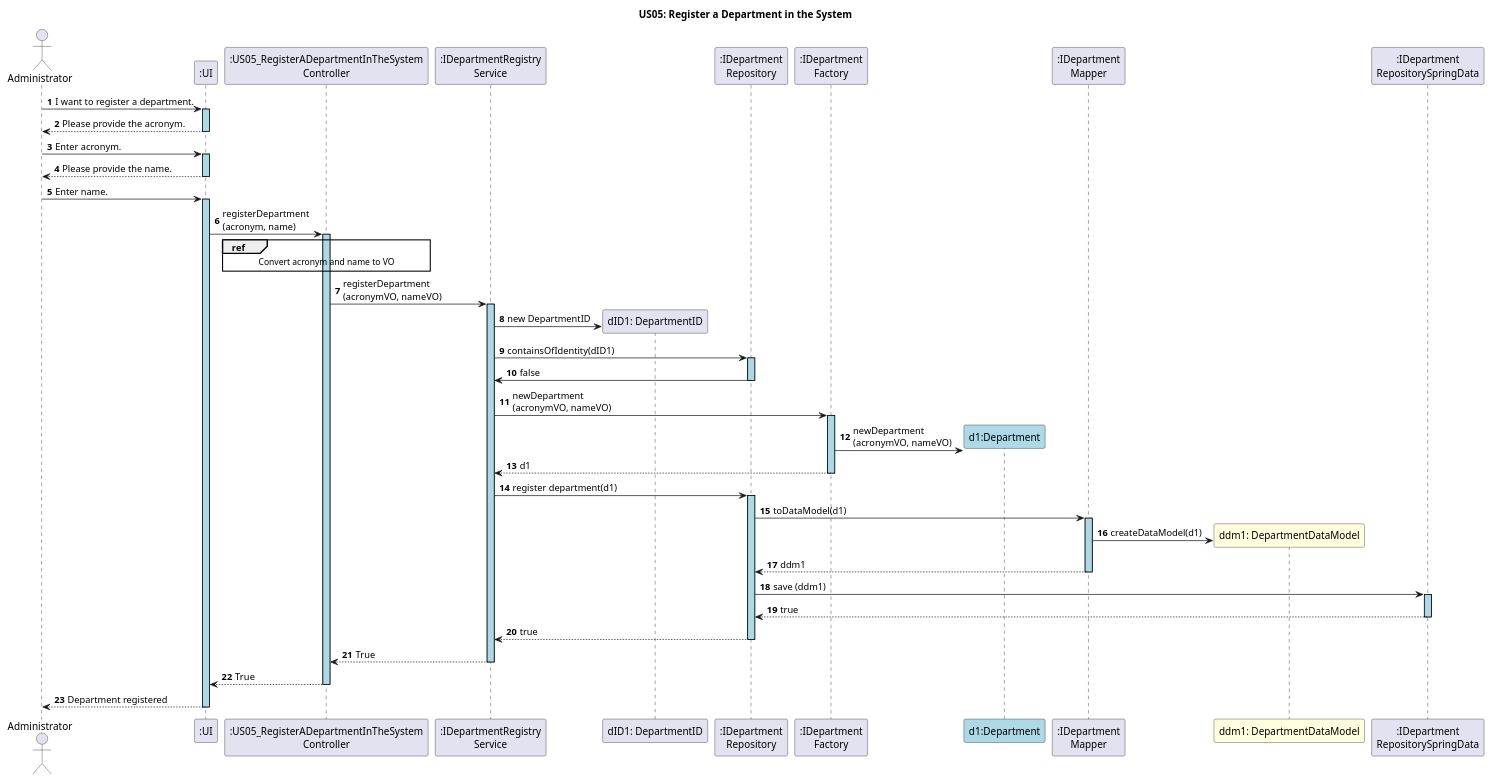
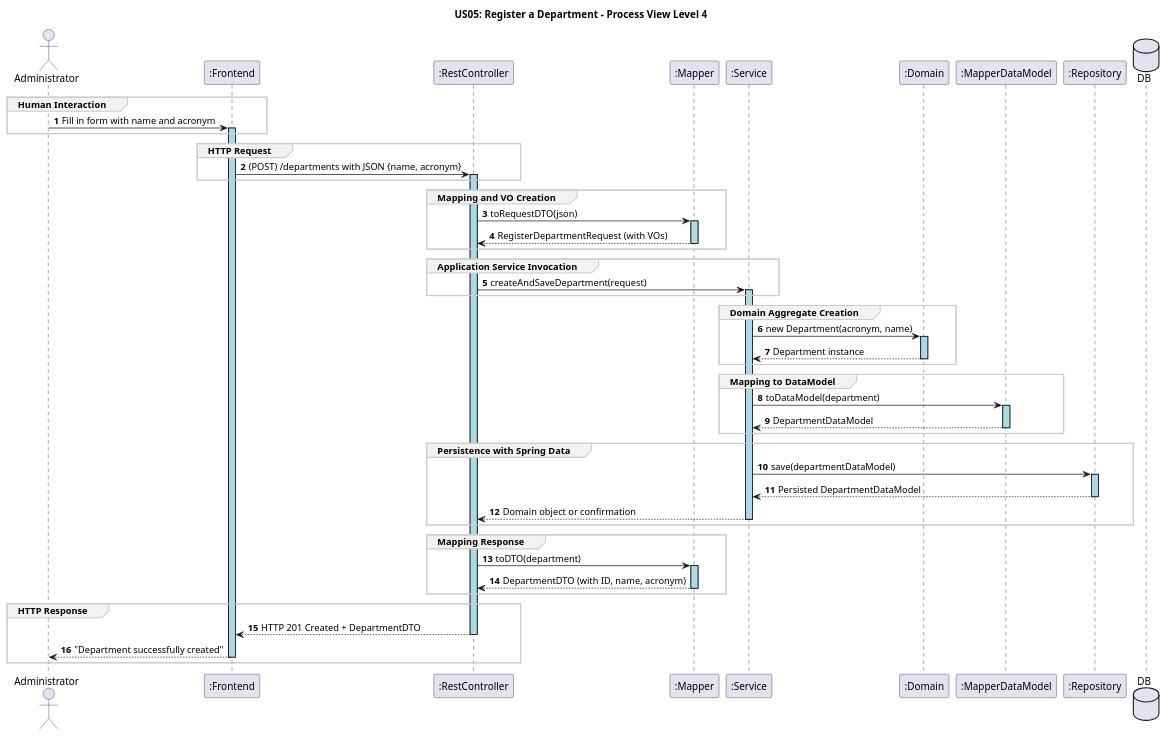
The diagram in docs/US05/sprint6_RestAPI/ProcessView/US05_RestAPI_ProcessView_Level4.puml (GasparISEP/DevOps-PAI), drawn with PlantUML before and after one commit. The commit also changed 1 other file, not shown here.

Commit message:
doc: refactor Levels 3 & 4 ProcessView diagrams to Department Registration documentation files (refs #500, refs #575)

```diff
--- a/docs/US05/sprint6_RestAPI/ProcessView/US05_RestAPI_ProcessView_Level4.puml
+++ b/docs/US05/sprint6_RestAPI/ProcessView/US05_RestAPI_ProcessView_Level4.puml
@@ -1,68 +1,65 @@
 @startuml
+skinparam SequenceGroupBackgroundColor #f2f2f2
+skinparam SequenceGroupBorderColor #cccccc
+autonumber
+title US05: Register a Department - Process View Level 4
 
-title US05: Register a Department in the System
-
-autonumber
 skinparam sequence {
    LifelineBorderColor black
    LifelineBackgroundColor LightBlue
- }
+}
 
-actor "Administrator" as Administrator
-participant ":UI" as UI
-participant ":US05_RegisterADepartmentInTheSystem\nController" as Controller
-participant ":IDepartmentRegistry\nService" as Service
-participant "dID1: DepartmentID" as DepartmentID
-participant ":IDepartment\nRepository" as DepartmentRepository
-participant ":IDepartment\nFactory" as DepartmentFactory
-participant "d1:Department" as Department #LightBlue
-participant ":IDepartment\nMapper" as Mapper
-participant "ddm1: DepartmentDataModel" as departmentDataModel #LightYellow
-participant ":IDepartment\nRepositorySpringData" as departmentRepoSpringData
+actor ADM as "Administrator"
+participant ":Frontend" as FE
+participant ":RestController" as CT
+participant ":Mapper" as MP
+participant ":Service" as SE
+participant ":Domain" as DM
+participant ":MapperDataModel" as MDM
+participant ":Repository" as RE
+database DB
 
-Administrator -> UI ++: I want to register a department.
-UI --> Administrator --: Please provide the acronym.
-Administrator -> UI ++: Enter acronym.
-UI --> Administrator --: Please provide the name.
-Administrator -> UI ++: Enter name.
+group Human Interaction
+ADM -> FE ++: Fill in form with name and acronym
+end group
 
+group HTTP Request
+FE -> CT ++: (POST) /departments with JSON {name, acronym}
+end group
 
-UI -> Controller ++: registerDepartment\n(acronym, name)
+group Mapping and VO Creation
+CT -> MP ++: toRequestDTO(json)
+MP --> CT --: RegisterDepartmentRequest (with VOs)
+end group
 
-ref over Controller
-    Convert acronym and name to VO
-end ref
+group Application Service Invocation
+CT -> SE ++: createAndSaveDepartment(request)
+end group
 
-Controller -> Service++: registerDepartment\n(acronymVO, nameVO)
+group Domain Aggregate Creation
+SE -> DM ++: new Department(acronym, name)
+DM --> SE --: Department instance
+end group
 
-Service ->  DepartmentID**: new DepartmentID
+group Mapping to DataModel
+SE -> MDM ++: toDataModel(department)
+MDM --> SE --: DepartmentDataModel
+end group
 
+group Persistence with Spring Data
+SE -> RE ++: save(departmentDataModel)
+RE --> SE --: Persisted DepartmentDataModel
+SE --> CT --: Domain object or confirmation
+end group
 
-Service -> DepartmentRepository ++: containsOfIdentity(dID1)
-DepartmentRepository -> Service --: false
+group Mapping Response
+CT -> MP ++: toDTO(department)
+MP --> CT --: DepartmentDTO (with ID, name, acronym)
+end group
 
-
-Service -> DepartmentFactory ++: newDepartment\n(acronymVO, nameVO)
-DepartmentFactory -> Department **: newDepartment\n(acronymVO, nameVO)
-DepartmentFactory --> Service --: d1
-
-Service -> DepartmentRepository ++: register department(d1)
-DepartmentRepository -> Mapper ++: toDataModel(d1)
-
-Mapper -> departmentDataModel **: createDataModel(d1)
-Mapper --> DepartmentRepository --: ddm1
-
-DepartmentRepository -> departmentRepoSpringData ++: save (ddm1)
-
-departmentRepoSpringData --> DepartmentRepository --: true
-
-
-DepartmentRepository --> Service --: true
-
-
-Service --> Controller --: True
-
-Controller --> UI --: True
-UI --> Administrator --: Department registered
+group HTTP Response
+CT --> FE --: HTTP 201 Created + DepartmentDTO
+FE --> ADM --: "Department successfully created"
+end group
 
 @enduml
```
